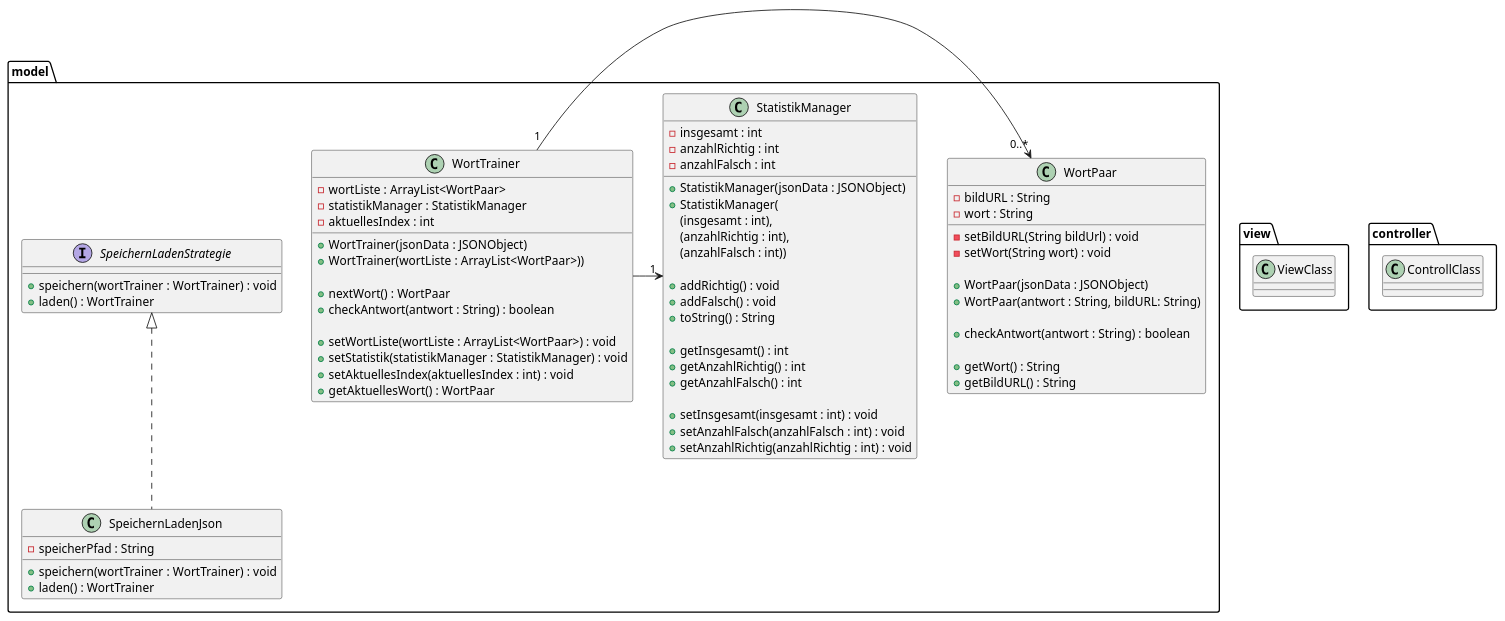
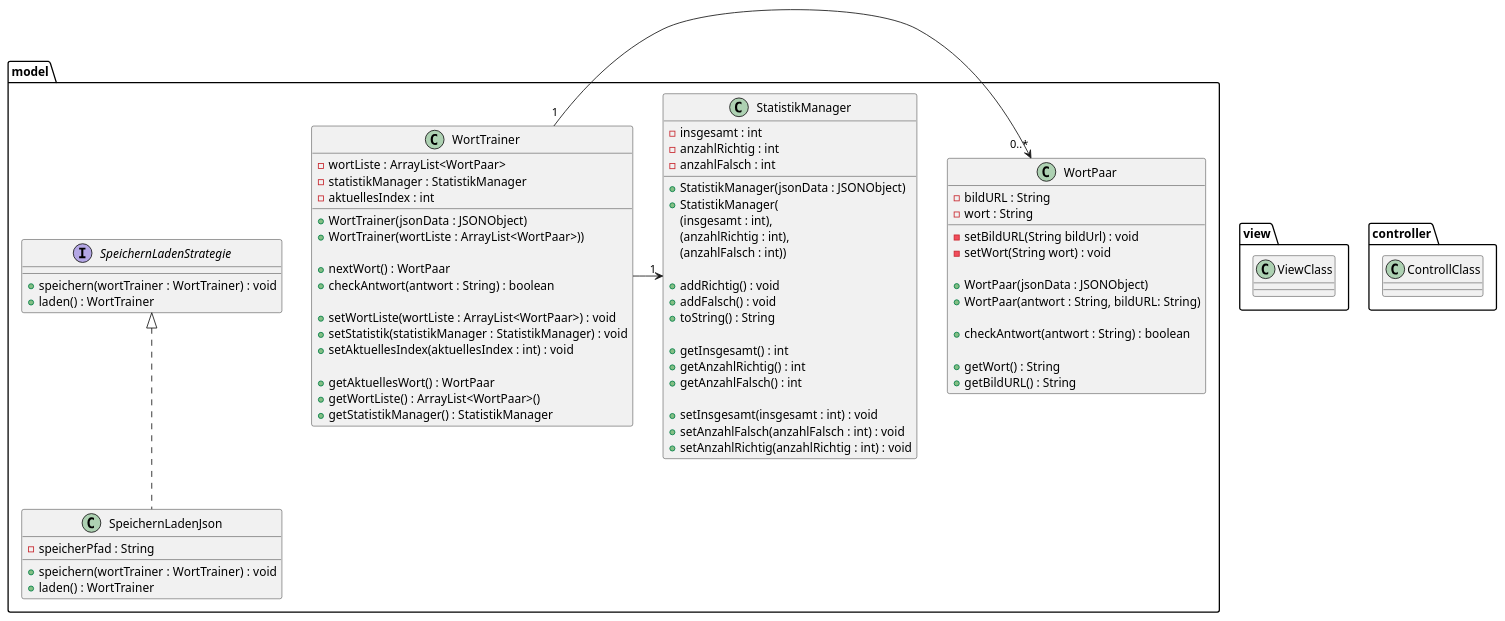
Before and after one commit to TGM-HIT/sew9-2425-worttrainer-aaabdulkarim: the diagram in Worttrainer_UML.puml, drawn with PlantUML. The commit also changed 3 other files, not shown here.

```diff
--- a/Worttrainer_UML.puml
+++ b/Worttrainer_UML.puml
@@ -1,93 +1,97 @@
 @startuml
 'https://plantuml.com/class-diagram
 
 package model {
 
     class WortPaar {
         - bildURL : String
         - wort : String
 
         - setBildURL(String bildUrl) : void
         - setWort(String wort) : void
 
         + WortPaar(jsonData : JSONObject)
         + WortPaar(antwort : String, bildURL: String)
 
         + checkAntwort(antwort : String) : boolean
 
         + getWort() : String
         + getBildURL() : String
 
     }
 
     class WortTrainer {
         - wortListe : ArrayList<WortPaar>
         - statistikManager : StatistikManager
         - aktuellesIndex : int
 
         + WortTrainer(jsonData : JSONObject)
         + WortTrainer(wortListe : ArrayList<WortPaar>))
 
         + nextWort() : WortPaar
         + checkAntwort(antwort : String) : boolean
 
         + setWortListe(wortListe : ArrayList<WortPaar>) : void
         + setStatistik(statistikManager : StatistikManager) : void
         + setAktuellesIndex(aktuellesIndex : int) : void
+
         + getAktuellesWort() : WortPaar
+        + getWortListe() : ArrayList<WortPaar>()
+        + getStatistikManager() : StatistikManager
+
     }
 
     class StatistikManager {
         - insgesamt : int
         - anzahlRichtig : int
         - anzahlFalsch : int
 
         + StatistikManager(jsonData : JSONObject)
         + StatistikManager(
         (insgesamt : int),
         (anzahlRichtig : int),
         (anzahlFalsch : int))
 
         + addRichtig() : void
         + addFalsch() : void
         + toString() : String
 
         + getInsgesamt() : int
         + getAnzahlRichtig() : int
         + getAnzahlFalsch() : int
 
         + setInsgesamt(insgesamt : int) : void
         + setAnzahlFalsch(anzahlFalsch : int) : void
         + setAnzahlRichtig(anzahlRichtig : int) : void
     }
 
     interface SpeichernLadenStrategie{
         + speichern(wortTrainer : WortTrainer) : void
         + laden() : WortTrainer
     }
 
     class SpeichernLadenJson implements SpeichernLadenStrategie{
         - speicherPfad : String
         + speichern(wortTrainer : WortTrainer) : void
         + laden() : WortTrainer
     }
 }
 
 
 package view {
     class ViewClass {
     }
 }
 
 package controller {
     class ControllClass {
     }
 }
 
 
 
 
 WortTrainer "1" -> "0..*" WortPaar
 WortTrainer -> "1" StatistikManager
 
 @enduml
```
